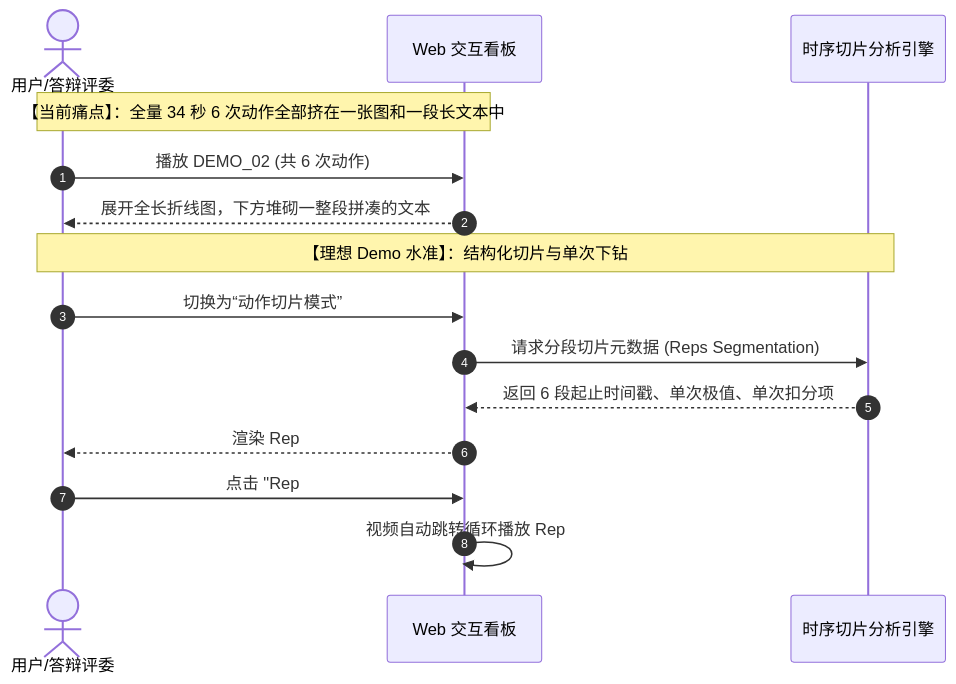
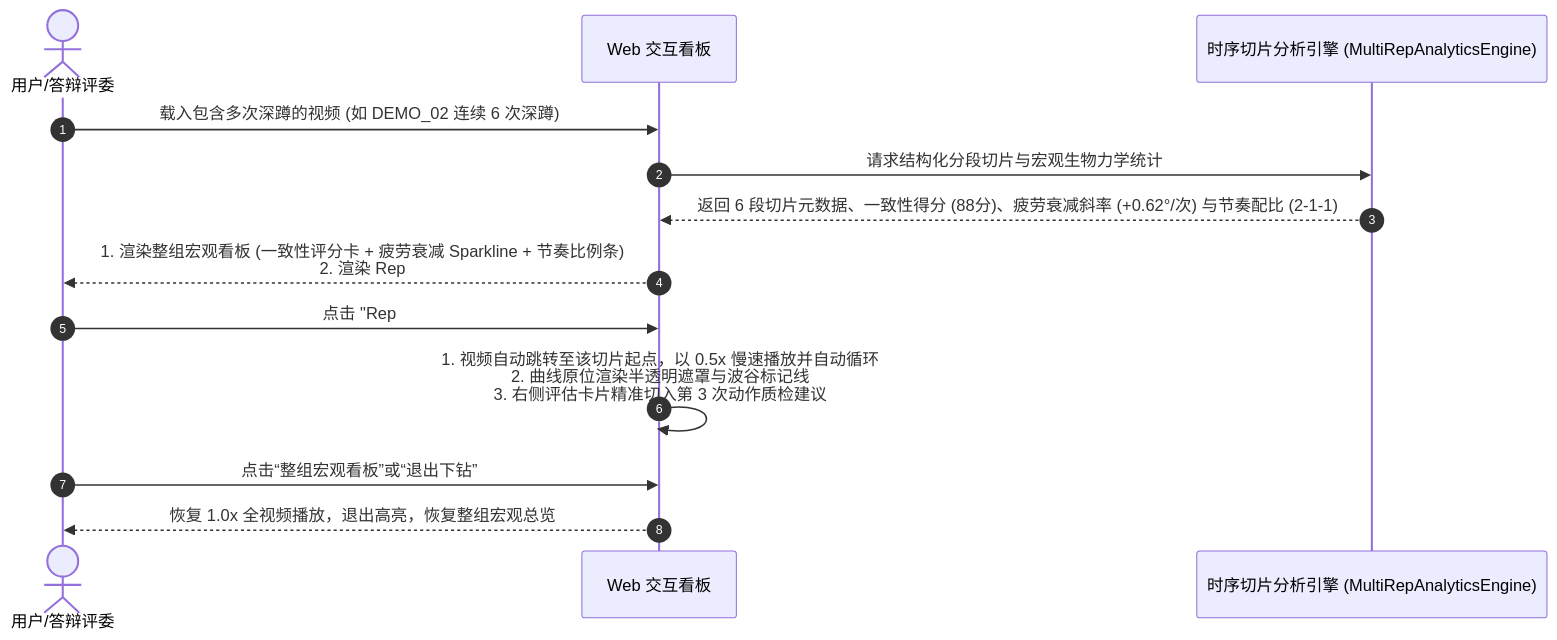
Before and after one commit to huwany1/Undergraduate-engineering-thesis: the fourth of 6 diagrams in reports/demo_gap_assessment_report.md, drawn with Mermaid. The commit also changed other lines of this file and 14 other files, not shown here.

````diff
--- a/reports/demo_gap_assessment_report.md
+++ b/reports/demo_gap_assessment_report.md
@@ -145,19 +145,16 @@
 ```mermaid
 sequenceDiagram
     autonumber
     actor User as 用户/答辩评委
     participant UI as Web 交互看板
-    participant Engine as 时序切片分析引擎
+    participant Engine as 时序切片分析引擎 (MultiRepAnalyticsEngine)
 
-    Note over User, UI: 【当前痛点】：全量 34 秒 6 次动作全部挤在一张图和一段长文本中
-    User->>UI: 播放 DEMO_02 (共 6 次动作)
-    UI-->>User: 展开全长折线图，下方堆砌一整段拼凑的文本
-
-    Note over User, Engine: 【理想 Demo 水准】：结构化切片与单次下钻
-    User->>UI: 切换为“动作切片模式”
-    UI->>Engine: 请求分段切片元数据 (Reps Segmentation)
-    Engine-->>UI: 返回 6 段起止时间戳、单次极值、单次扣分项
-    UI-->>User: 渲染 Rep #1 ~ Rep #6 轮播切片卡片
-    User->>UI: 点击 "Rep #3 (前倾 58.1° 扣分最大)"
-    UI->>UI: 视频自动跳转循环播放 Rep #3 片段，曲线高亮波谷
+    User->>UI: 载入包含多次深蹲的视频 (如 DEMO_02 连续 6 次深蹲)
+    UI->>Engine: 请求结构化分段切片与宏观生物力学统计
+    Engine-->>UI: 返回 6 段切片元数据、一致性得分 (88分)、疲劳衰减斜率 (+0.62°/次) 与节奏配比 (2-1-1)
+    UI-->>User: 1. 渲染整组宏观看板 (一致性评分卡 + 疲劳衰减 Sparkline + 节奏比例条)<br>2. 渲染 Rep #1 ~ Rep #6 横向轮播切片卡片
+    User->>UI: 点击 "Rep #3" (前倾 58.1° 待改进切片)
+    UI->>UI: 1. 视频自动跳转至该切片起点，以 0.5x 慢速播放并自动循环<br>2. 曲线原位渲染半透明遮罩与波谷标记线<br>3. 右侧评估卡片精准切入第 3 次动作质检建议
+    User->>UI: 点击“整组宏观看板”或“退出下钻”
+    UI-->>User: 恢复 1.0x 全视频播放，退出高亮，恢复整组宏观总览
 ```
````
